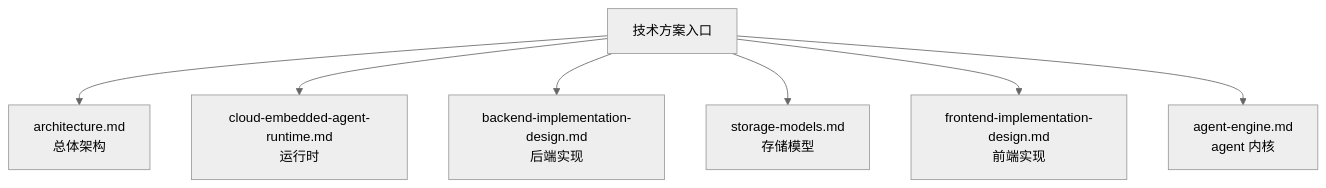
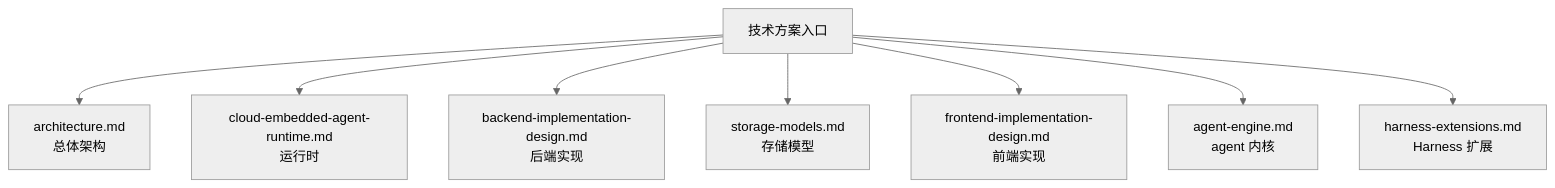
Before and after one commit to fengwk/kk-studio: the diagram in docs/technical-solution/README.md, drawn with Mermaid (neutral theme). The commit also changed other lines of this file and 1 other file, not shown here.

Commit message:
docs: document harness extension architecture

````diff
--- a/docs/technical-solution/README.md
+++ b/docs/technical-solution/README.md
@@ -7,10 +7,11 @@
 ```mermaid
 flowchart TD
     A[技术方案入口]
     A --> B[architecture.md<br/>总体架构]
     A --> C[cloud-embedded-agent-runtime.md<br/>运行时]
     A --> D[backend-implementation-design.md<br/>后端实现]
     A --> E[storage-models.md<br/>存储模型]
     A --> F[frontend-implementation-design.md<br/>前端实现]
     A --> G[agent-engine.md<br/>agent 内核]
+    A --> H[harness-extensions.md<br/>Harness 扩展]
 ```
````
